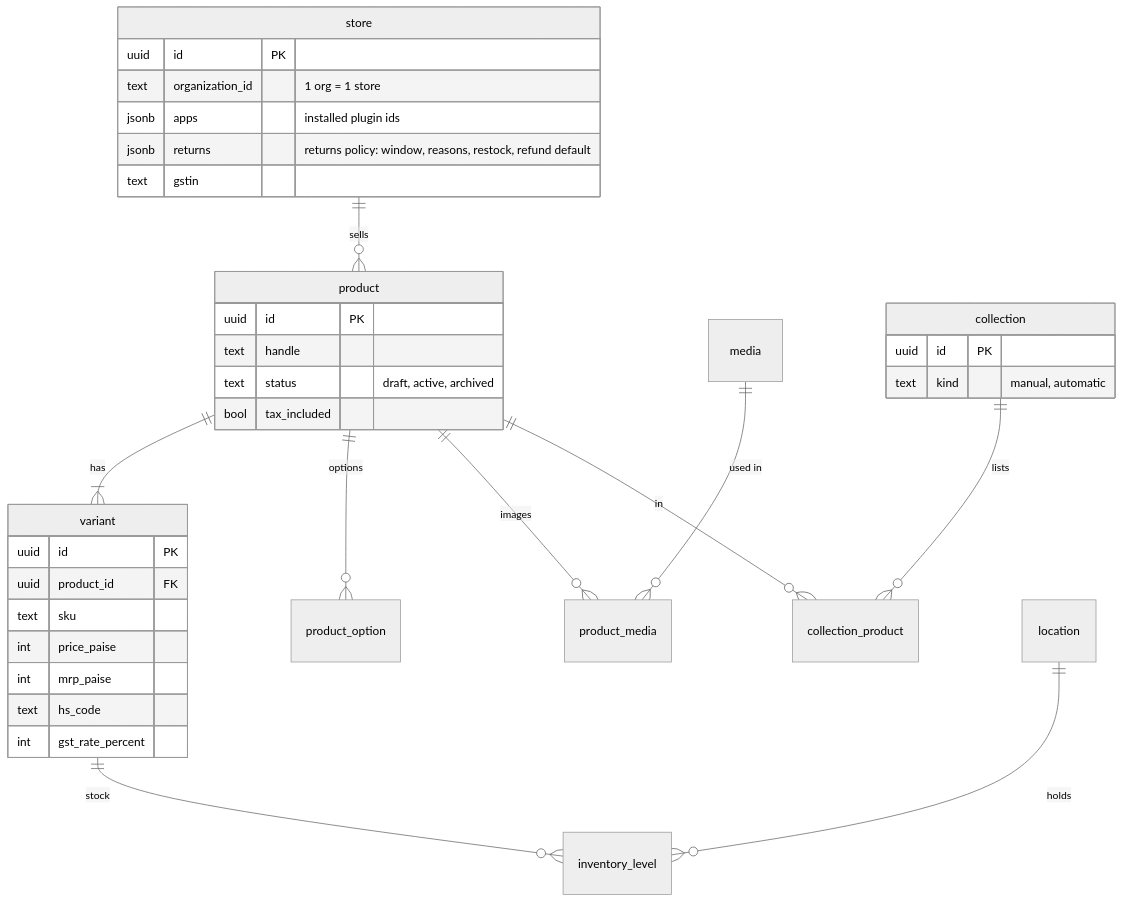
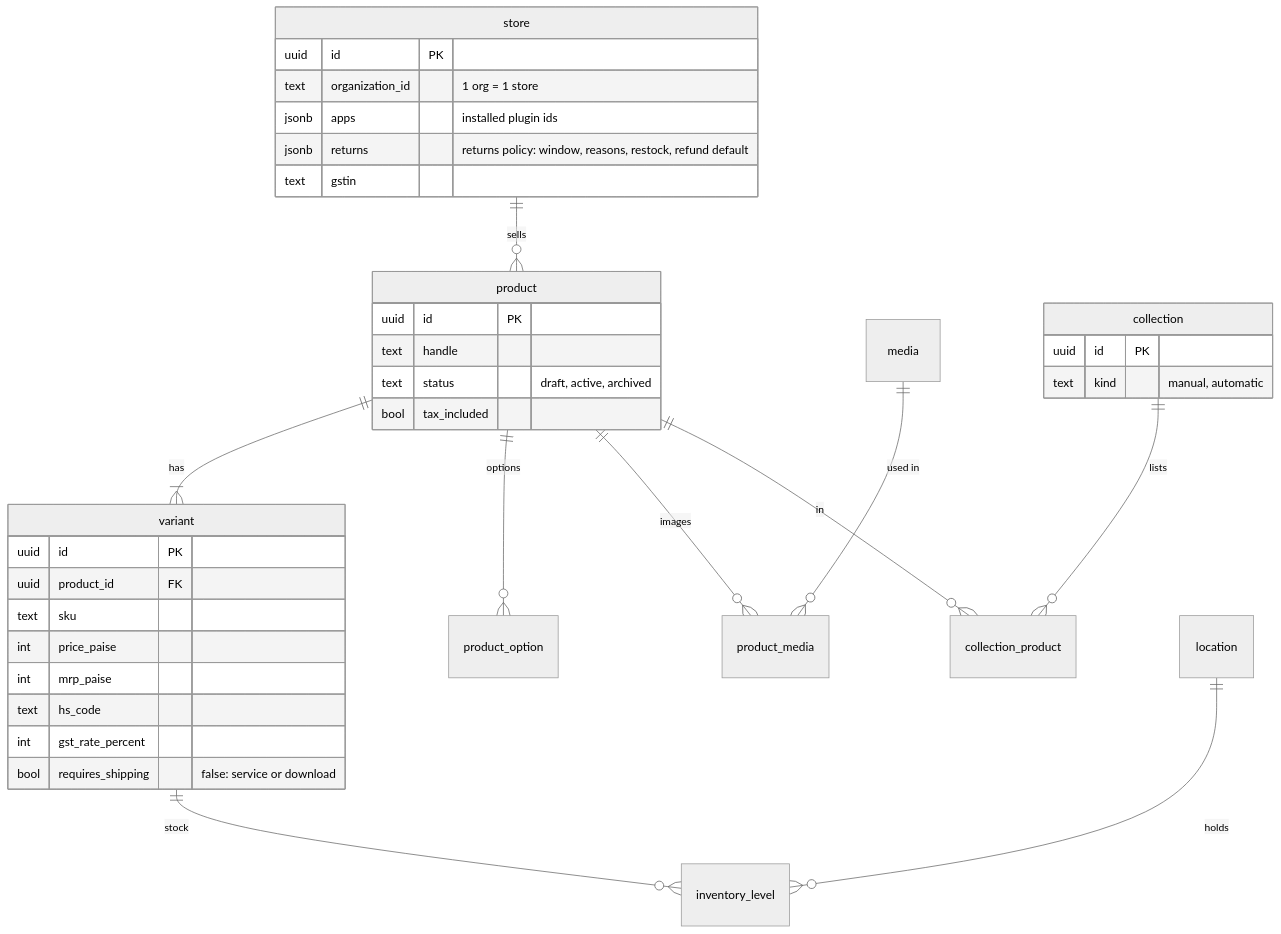
Before and after one commit to Viora-Tech/e-commerce: the second of 4 diagrams in apps/docs/content/developer-docs/core-concepts/data-model.mdx, drawn with Mermaid (neutral theme). The commit also changed other lines of this file and 66 other files, not shown here.

First line of the commit message:
Per-variant shipping profiles and "requires shipping" (#1309)

````diff
--- a/apps/docs/content/developer-docs/core-concepts/data-model.mdx
+++ b/apps/docs/content/developer-docs/core-concepts/data-model.mdx
@@ -115,39 +115,40 @@
 ```mermaid
 erDiagram
   store ||--o{ product : "sells"
   product ||--|{ variant : "has"
   product ||--o{ product_option : "options"
   product ||--o{ product_media : "images"
   media ||--o{ product_media : "used in"
   collection ||--o{ collection_product : "lists"
   product ||--o{ collection_product : "in"
   variant ||--o{ inventory_level : "stock"
   location ||--o{ inventory_level : "holds"
 
   store {
     uuid id PK
     text organization_id "1 org = 1 store"
     jsonb apps "installed plugin ids"
     jsonb returns "returns policy: window, reasons, restock, refund default"
     text gstin
   }
   product {
     uuid id PK
     text handle
     text status "draft, active, archived"
     bool tax_included
   }
   variant {
     uuid id PK
     uuid product_id FK
     text sku
     int price_paise
     int mrp_paise
     text hs_code
     int gst_rate_percent
+    bool requires_shipping "false: service or download"
   }
   collection {
     uuid id PK
     text kind "manual, automatic"
   }
 ```
````
